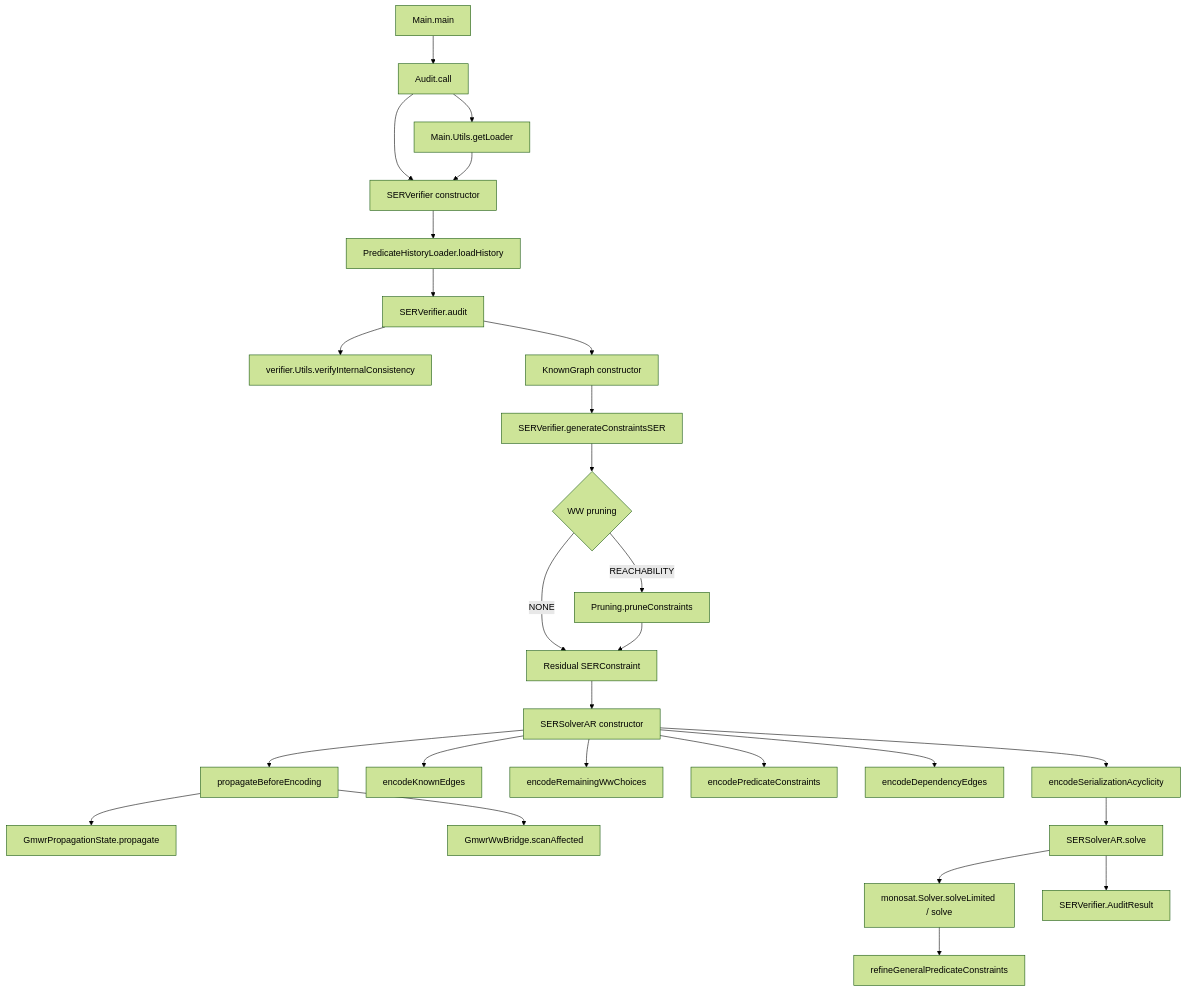
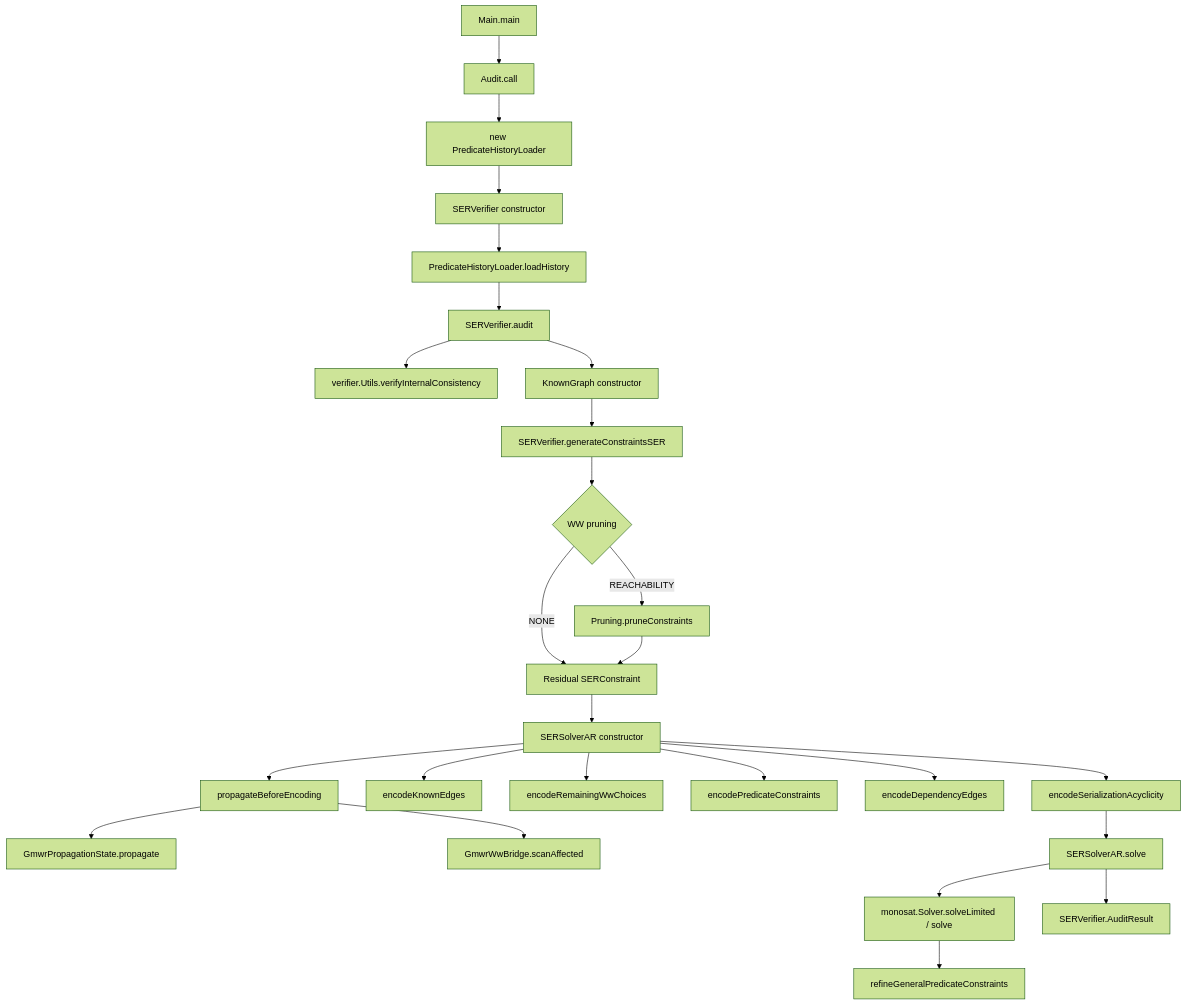
Before and after one commit to sodakci/predicate: the first of 4 diagrams in SER/ser-result-detector/docs/SER_DESIGN.md, drawn with Mermaid (forest theme). The commit also changed other lines of this file and 47 other files, not shown here.

````diff
--- a/SER/ser-result-detector/docs/SER_DESIGN.md
+++ b/SER/ser-result-detector/docs/SER_DESIGN.md
@@ -1033,29 +836,28 @@
 ```mermaid
 flowchart TD
     A[Main.main] --> B[Audit.call]
-    B --> C[Main.Utils.getLoader]
-    B --> E[SERVerifier constructor]
-    C --> E
+    B --> C[new PredicateHistoryLoader]
+    C --> E[SERVerifier constructor]
     E --> D[PredicateHistoryLoader.loadHistory]
     D --> F[SERVerifier.audit]
     F --> G[verifier.Utils.verifyInternalConsistency]
     F --> H[KnownGraph constructor]
     H --> I[SERVerifier.generateConstraintsSER]
     I --> J{WW pruning}
     J -->|REACHABILITY| K[Pruning.pruneConstraints]
     J -->|NONE| N[Residual SERConstraint]
     K --> N
     N --> O[SERSolverAR constructor]
     O --> P[propagateBeforeEncoding]
     P --> Q[GmwrPropagationState.propagate]
     P --> R[GmwrWwBridge.scanAffected]
     O --> S[encodeKnownEdges]
     O --> T[encodeRemainingWwChoices]
     O --> V[encodePredicateConstraints]
     O --> W[encodeDependencyEdges]
     O --> X[encodeSerializationAcyclicity]
     X --> Y[SERSolverAR.solve]
     Y --> Z[monosat.Solver.solveLimited / solve]
     Z --> AA[refineGeneralPredicateConstraints]
     Y --> AB[SERVerifier.AuditResult]
 ```
````
